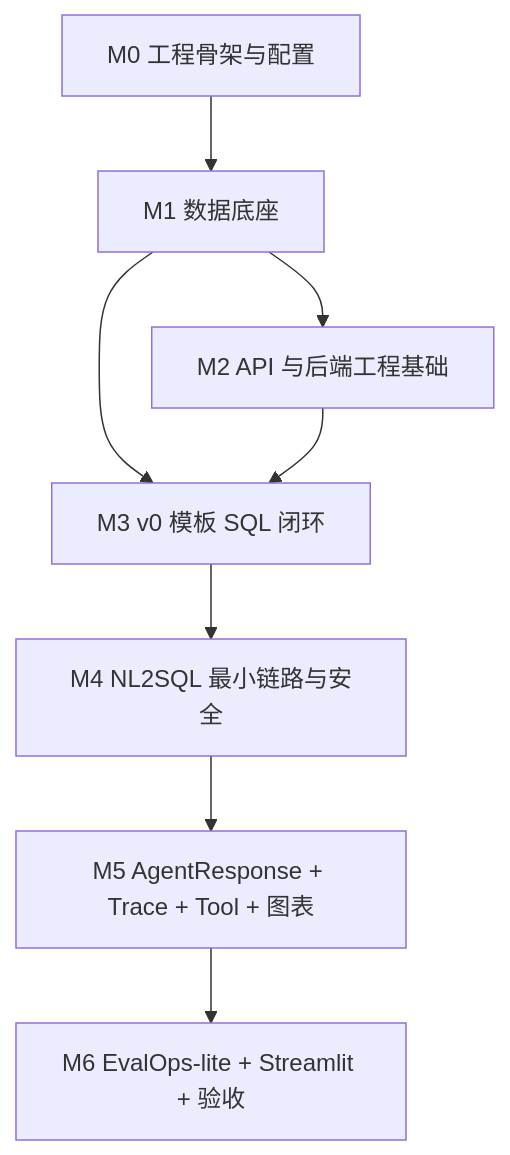
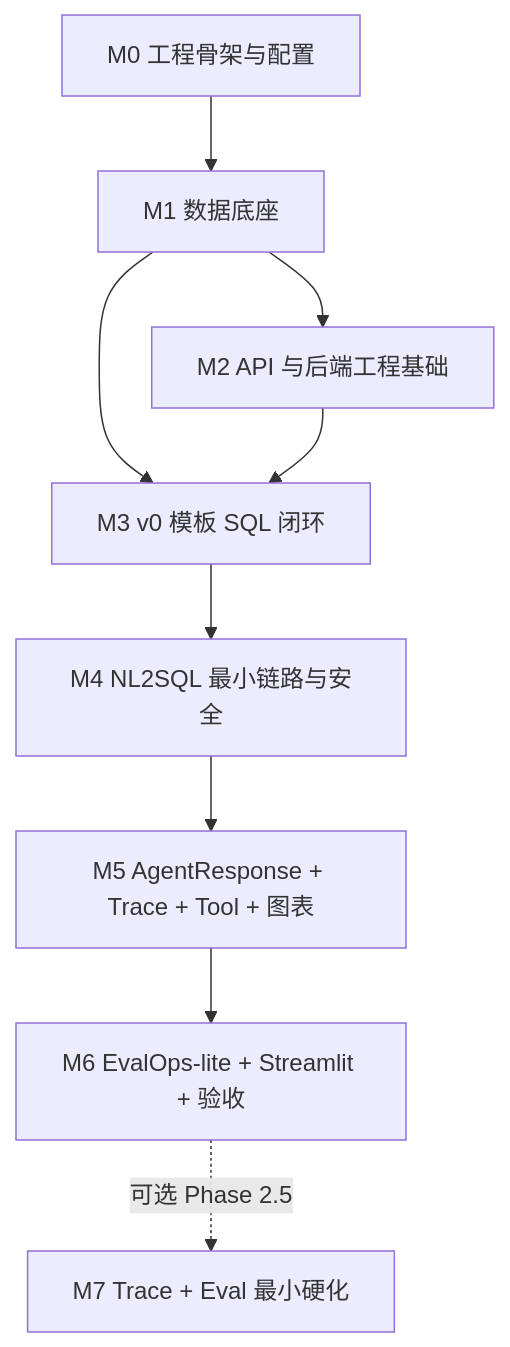
Before and after one commit to Stephen2366/data-pilot: the diagram in docs/phase2-plan.md, drawn with Mermaid. The commit also changed other lines of this file and 3 other files, not shown here.

````diff
--- a/docs/phase2-plan.md
+++ b/docs/phase2-plan.md
@@ -472,10 +529,11 @@
 ```mermaid
 flowchart TD
   M0["M0 工程骨架与配置"] --> M1["M1 数据底座"]
   M1 --> M2["M2 API 与后端工程基础"]
   M1 --> M3["M3 v0 模板 SQL 闭环"]
   M2 --> M3
   M3 --> M4["M4 NL2SQL 最小链路与安全"]
   M4 --> M5["M5 AgentResponse + Trace + Tool + 图表"]
   M5 --> M6["M6 EvalOps-lite + Streamlit + 验收"]
+  M6 -. "可选 Phase 2.5" .-> M7["M7 Trace + Eval 最小硬化"]
 ```
````
